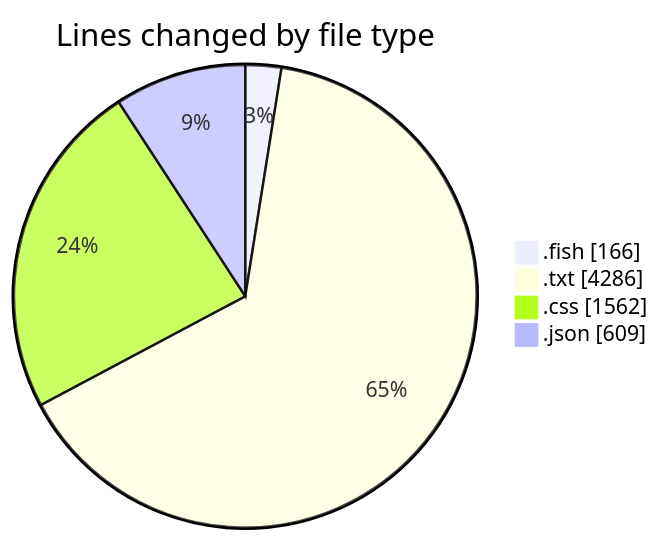
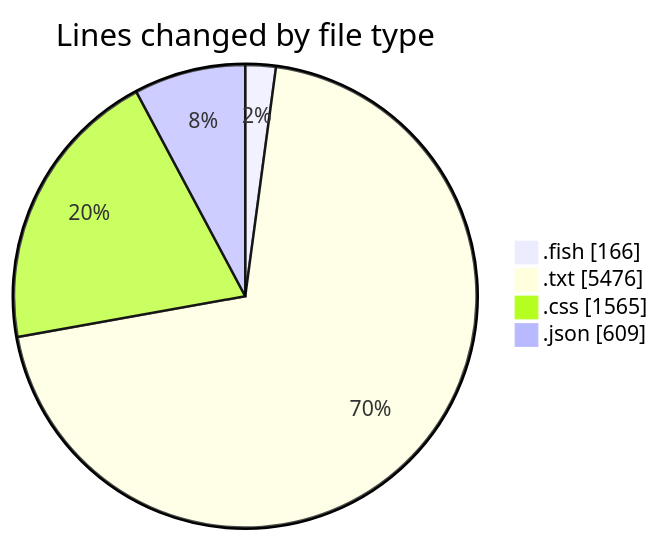
The first of 2 diagrams in 2025-07-21/fish/README.md (EIIisD/code-tracking), drawn with Mermaid before and after one commit. The commit also changed other lines of this file and 1 other file, not shown here.

````diff
--- a/2025-07-21/fish/README.md
+++ b/2025-07-21/fish/README.md
@@ -24,8 +24,8 @@
 ```mermaid
 pie showData
 title Lines changed by file type
 ".fish" : 166
-".txt" : 4286
-".css" : 1562
+".txt" : 5476
+".css" : 1565
 ".json" : 609
 ```
````
